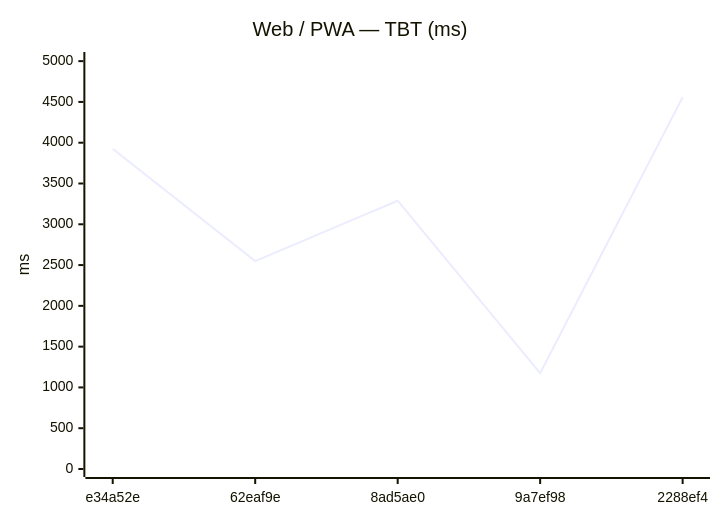
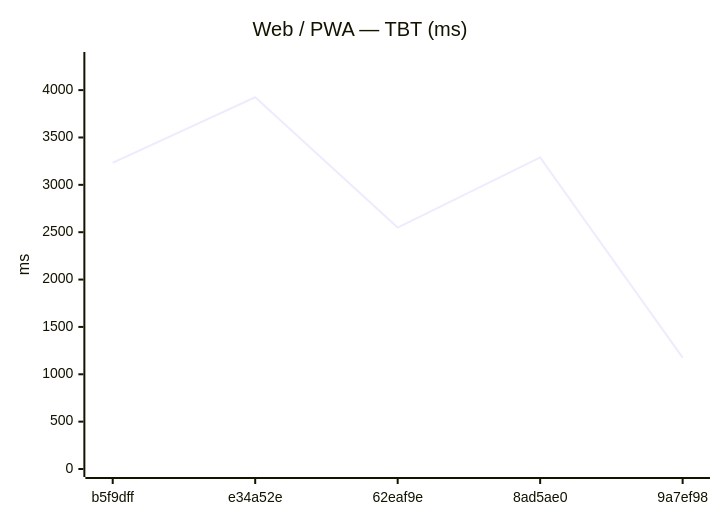
One commit to Metaheurist/Rianell changed the sixth of 12 diagrams in benchmarks/compare.md. Above: the diagram before and after it, drawn with Mermaid. The commit also changed other lines of this file and 8 other files, not shown here.

````diff
--- a/benchmarks/compare.md
+++ b/benchmarks/compare.md
@@ -89,7 +89,7 @@
 ```mermaid
 xychart-beta
     title "Web / PWA — TBT (ms)"
-    x-axis ["e34a52e", "62eaf9e", "8ad5ae0", "9a7ef98", "2288ef4"]
-    y-axis "ms" 0 --> 5014
-    line [3925, 2549, 3289, 1175, 4558]
+    x-axis ["b5f9dff", "e34a52e", "62eaf9e", "8ad5ae0", "9a7ef98"]
+    y-axis "ms" 0 --> 4318
+    line [3233, 3925, 2549, 3289, 1175]
 ```
````
